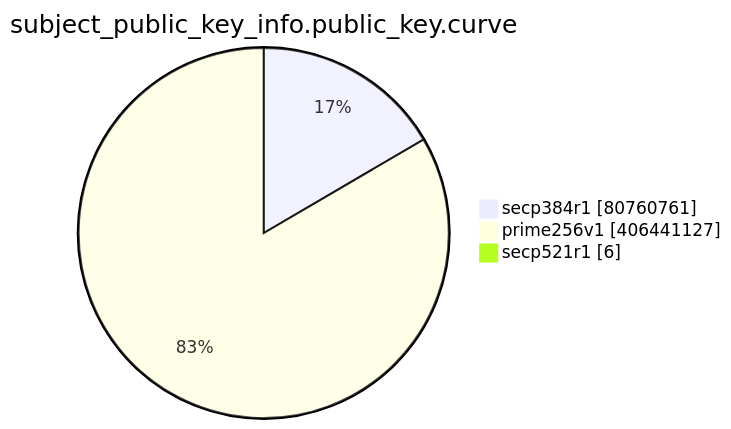
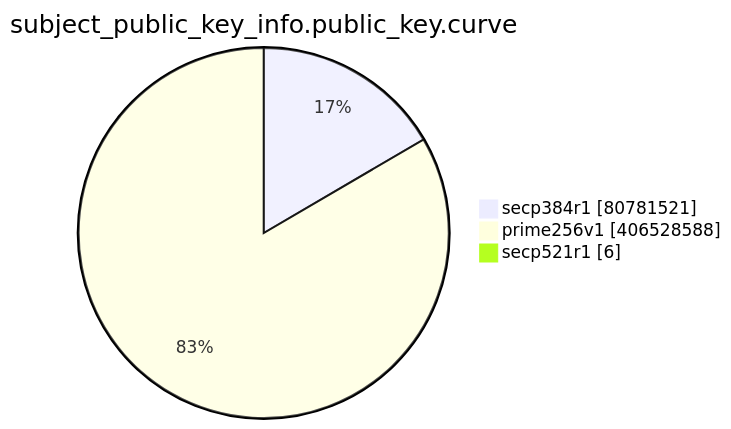
Before and after one commit to christiankrug/ctmonitor_visualization: the eighth of 15 diagrams in TOTAL/README.md, drawn with Mermaid. The commit also changed other lines of this file, not shown here.

````diff
--- a/TOTAL/README.md
+++ b/TOTAL/README.md
@@ -3095,7 +3095,7 @@
 ```mermaid
 pie showData
 title subject_public_key_info.public_key.curve
-"secp384r1" :80760761
-"prime256v1" :406441127
+"secp384r1" :80781521
+"prime256v1" :406528588
 "secp521r1" :6
 ```
````
